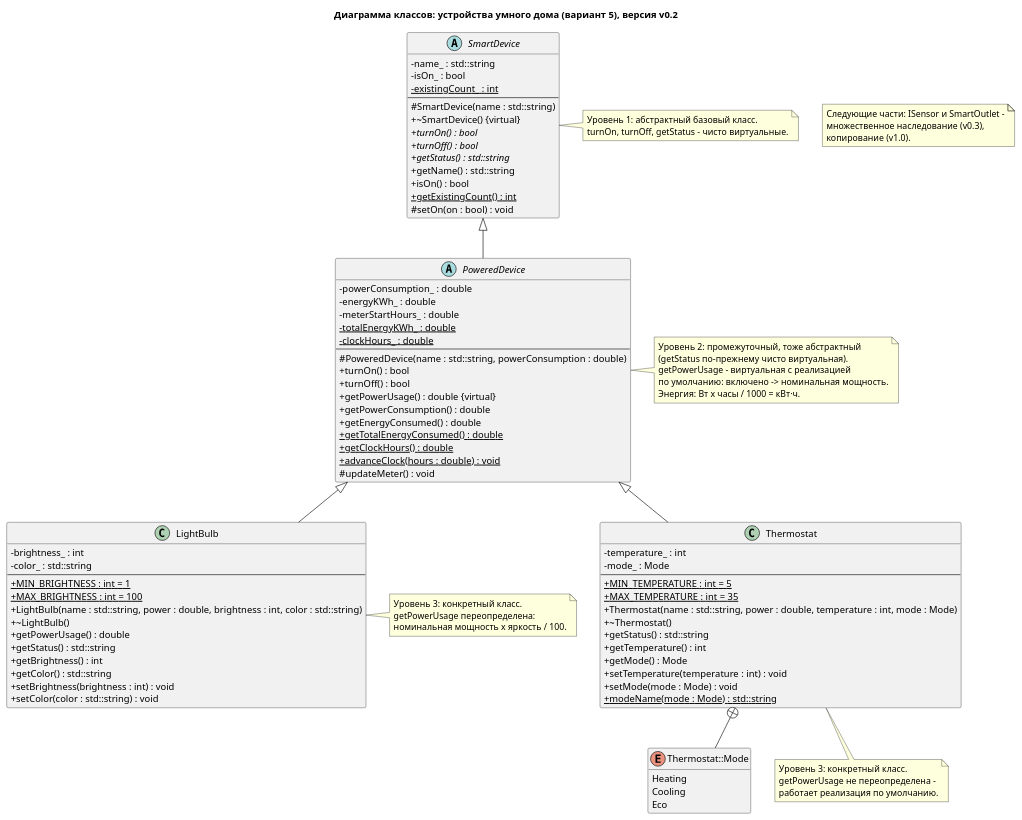
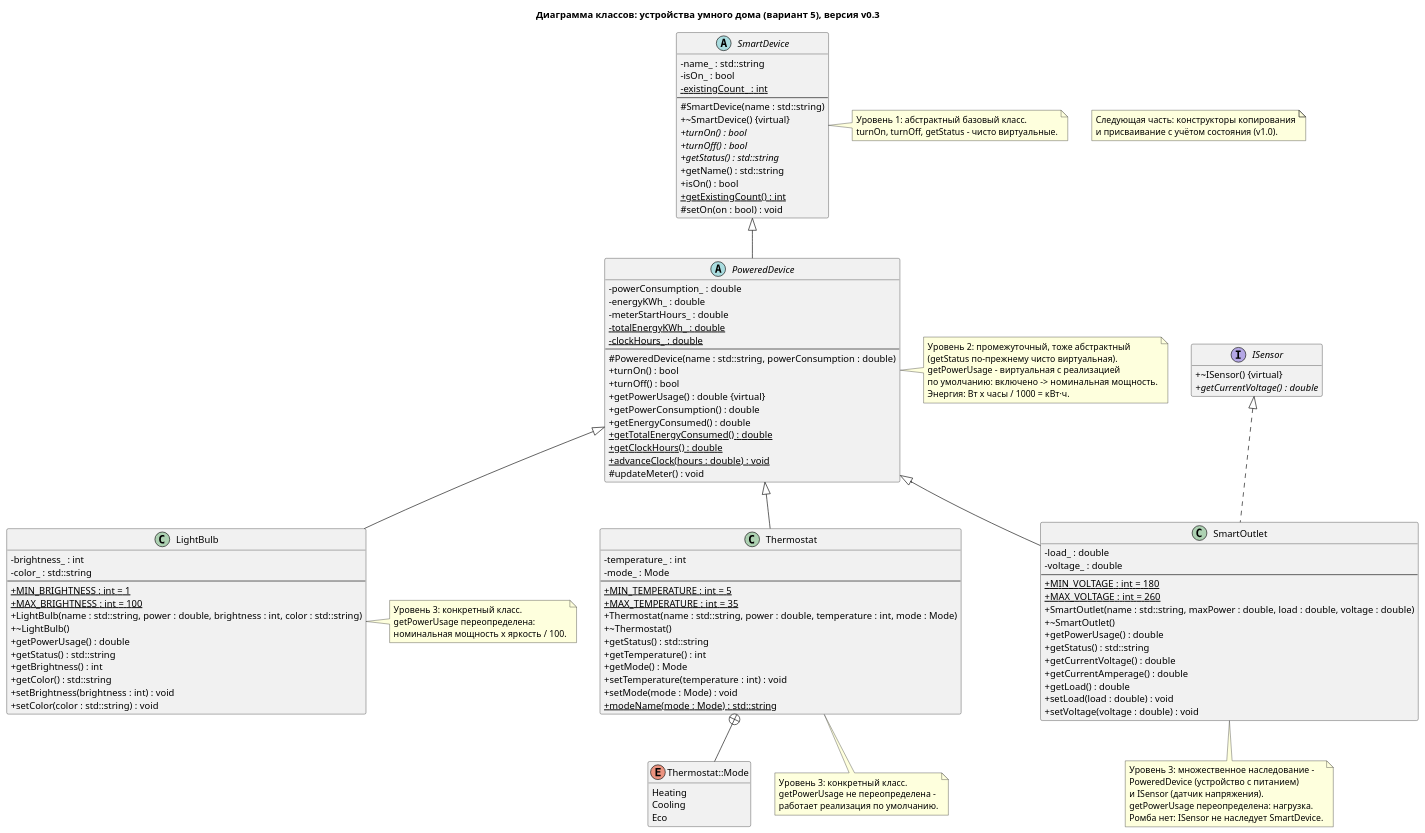
One commit to Vareshka86/Lab4_OOP_try1 changed the diagram in uml/SmartHome.puml. Above: the diagram before and after it, drawn with PlantUML. The commit also changed 4 other files, not shown here.

First line of the commit message:
Документация: страница части 3 и диаграмма с ISensor и SmartOutlet

```diff
--- a/uml/SmartHome.puml
+++ b/uml/SmartHome.puml
@@ -1,110 +1,142 @@
 @startuml
-title Диаграмма классов: устройства умного дома (вариант 5), версия v0.2
+title Диаграмма классов: устройства умного дома (вариант 5), версия v0.3
 skinparam classAttributeIconSize 0
 hide empty members
 
 abstract class SmartDevice {
   - name_ : std::string
   - isOn_ : bool
   - {static} existingCount_ : int
   --
   # SmartDevice(name : std::string)
   + ~SmartDevice() {virtual}
   + {abstract} turnOn() : bool
   + {abstract} turnOff() : bool
   + {abstract} getStatus() : std::string
   + getName() : std::string
   + isOn() : bool
   + {static} getExistingCount() : int
   # setOn(on : bool) : void
 }
 
 abstract class PoweredDevice {
   - powerConsumption_ : double
   - energyKWh_ : double
   - meterStartHours_ : double
   - {static} totalEnergyKWh_ : double
   - {static} clockHours_ : double
   --
   # PoweredDevice(name : std::string, powerConsumption : double)
   + turnOn() : bool
   + turnOff() : bool
   + getPowerUsage() : double {virtual}
   + getPowerConsumption() : double
   + getEnergyConsumed() : double
   + {static} getTotalEnergyConsumed() : double
   + {static} getClockHours() : double
   + {static} advanceClock(hours : double) : void
   # updateMeter() : void
 }
 
 class LightBulb {
   - brightness_ : int
   - color_ : std::string
   --
   + {static} MIN_BRIGHTNESS : int = 1
   + {static} MAX_BRIGHTNESS : int = 100
   + LightBulb(name : std::string, power : double, brightness : int, color : std::string)
   + ~LightBulb()
   + getPowerUsage() : double
   + getStatus() : std::string
   + getBrightness() : int
   + getColor() : std::string
   + setBrightness(brightness : int) : void
   + setColor(color : std::string) : void
 }
 
 class Thermostat {
   - temperature_ : int
   - mode_ : Mode
   --
   + {static} MIN_TEMPERATURE : int = 5
   + {static} MAX_TEMPERATURE : int = 35
   + Thermostat(name : std::string, power : double, temperature : int, mode : Mode)
   + ~Thermostat()
   + getStatus() : std::string
   + getTemperature() : int
   + getMode() : Mode
   + setTemperature(temperature : int) : void
   + setMode(mode : Mode) : void
   + {static} modeName(mode : Mode) : std::string
 }
 
 enum "Thermostat::Mode" as Mode {
   Heating
   Cooling
   Eco
 }
 
+interface ISensor {
+  + ~ISensor() {virtual}
+  + {abstract} getCurrentVoltage() : double
+}
+
+class SmartOutlet {
+  - load_ : double
+  - voltage_ : double
+  --
+  + {static} MIN_VOLTAGE : int = 180
+  + {static} MAX_VOLTAGE : int = 260
+  + SmartOutlet(name : std::string, maxPower : double, load : double, voltage : double)
+  + ~SmartOutlet()
+  + getPowerUsage() : double
+  + getStatus() : std::string
+  + getCurrentVoltage() : double
+  + getCurrentAmperage() : double
+  + getLoad() : double
+  + setLoad(load : double) : void
+  + setVoltage(voltage : double) : void
+}
+
 SmartDevice <|-- PoweredDevice
 PoweredDevice <|-- LightBulb
 PoweredDevice <|-- Thermostat
+PoweredDevice <|-- SmartOutlet
+ISensor <|.. SmartOutlet
 Thermostat +-- Mode
 
 note right of SmartDevice
   Уровень 1: абстрактный базовый класс.
   turnOn, turnOff, getStatus - чисто виртуальные.
 end note
 
 note right of PoweredDevice
   Уровень 2: промежуточный, тоже абстрактный
   (getStatus по-прежнему чисто виртуальная).
   getPowerUsage - виртуальная с реализацией
   по умолчанию: включено -> номинальная мощность.
   Энергия: Вт x часы / 1000 = кВт·ч.
 end note
 
 note right of LightBulb
   Уровень 3: конкретный класс.
   getPowerUsage переопределена:
   номинальная мощность x яркость / 100.
 end note
 
 note bottom of Thermostat
   Уровень 3: конкретный класс.
   getPowerUsage не переопределена -
   работает реализация по умолчанию.
 end note
 
-note "Следующие части: ISensor и SmartOutlet -\nмножественное наследование (v0.3),\nкопирование (v1.0)." as NextParts
+note bottom of SmartOutlet
+  Уровень 3: множественное наследование -
+  PoweredDevice (устройство с питанием)
+  и ISensor (датчик напряжения).
+  getPowerUsage переопределена: нагрузка.
+  Ромба нет: ISensor не наследует SmartDevice.
+end note
+
+note "Следующая часть: конструкторы копирования\nи присваивание с учётом состояния (v1.0)." as NextParts
 @enduml
```
